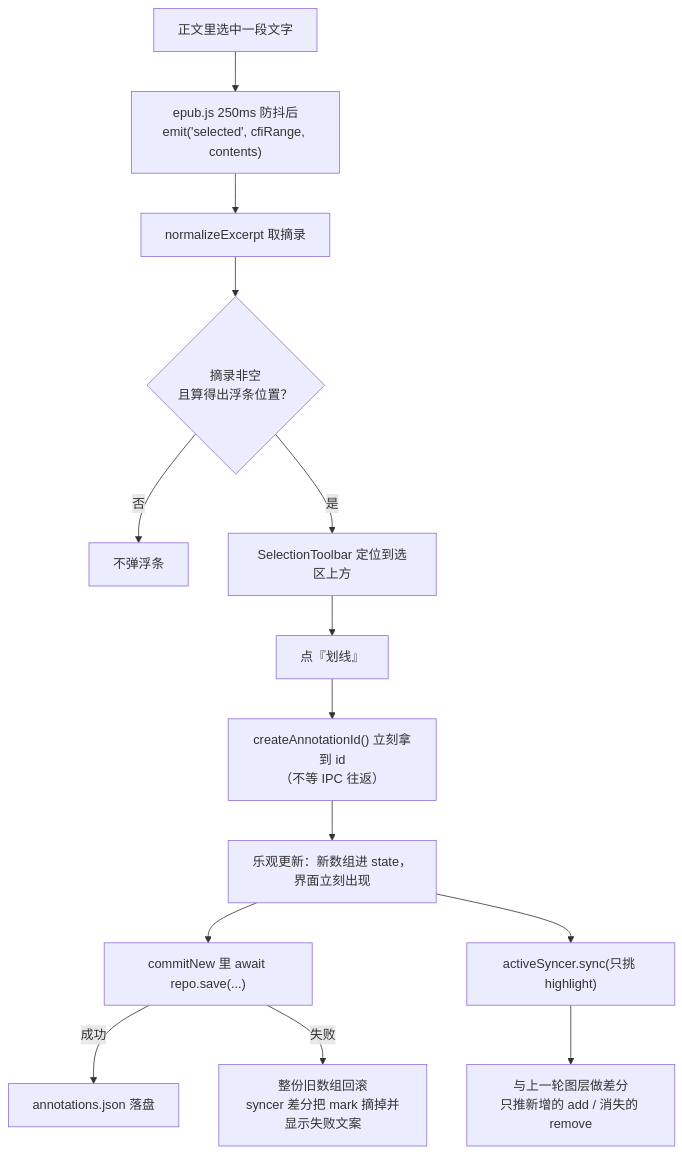
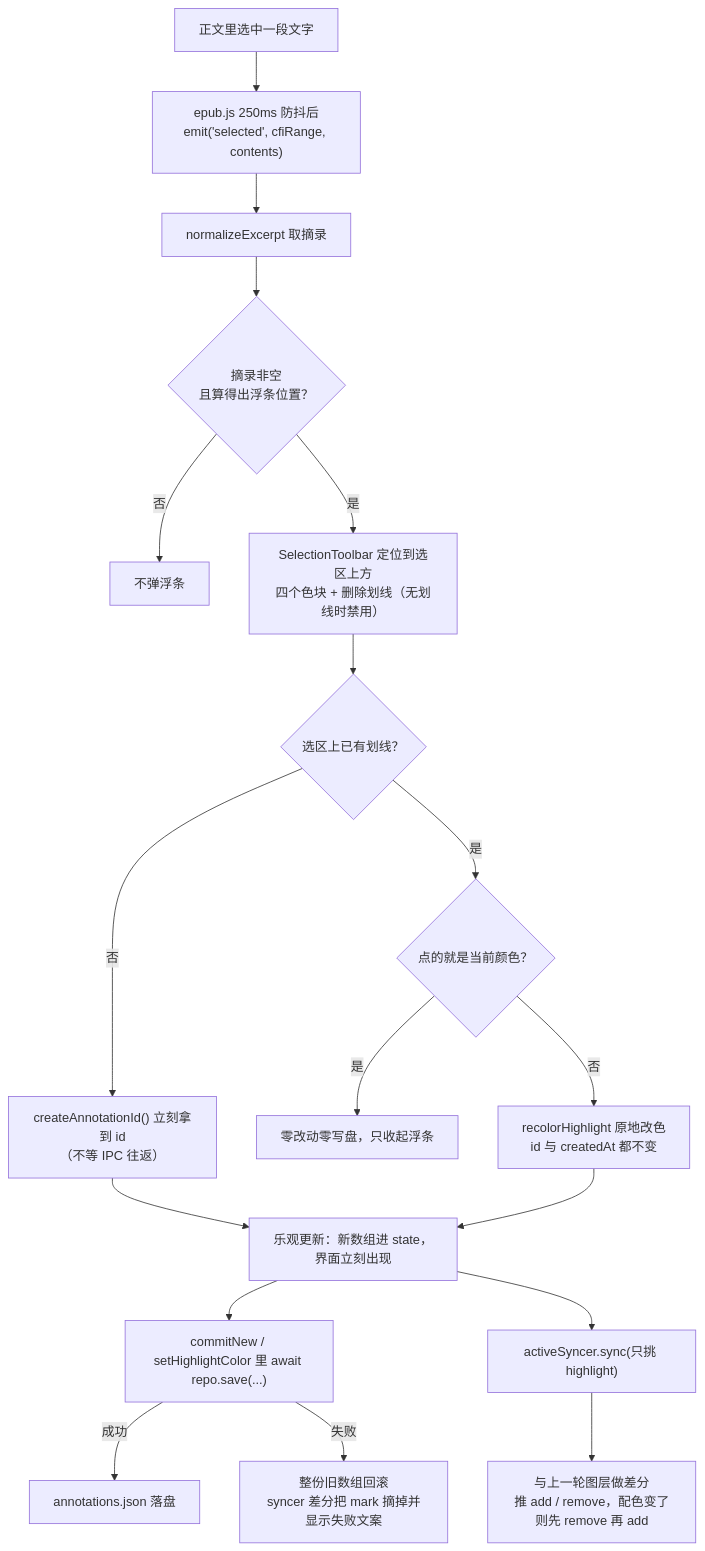
The sixth of 6 diagrams in README.md (Lor123r/-ai), drawn with Mermaid before and after one commit. The commit also changed other lines of this file and 16 other files, not shown here.

````diff
--- a/README.md
+++ b/README.md
@@ -423,16 +423,20 @@
 ```mermaid
 flowchart TB
     A["正文里选中一段文字"] --> B["epub.js 250ms 防抖后<br/>emit('selected', cfiRange, contents)"]
     B --> C["normalizeExcerpt 取摘录"]
     C --> D{"摘录非空<br/>且算得出浮条位置？"}
     D -->|否| E["不弹浮条"]
-    D -->|是| F["SelectionToolbar 定位到选区上方"]
-    F --> G["点『划线』"]
-    G --> H["createAnnotationId() 立刻拿到 id<br/>（不等 IPC 往返）"]
+    D -->|是| F["SelectionToolbar 定位到选区上方<br/>四个色块 + 删除划线（无划线时禁用）"]
+    F --> G{"选区上已有划线？"}
+    G -->|否| H["createAnnotationId() 立刻拿到 id<br/>（不等 IPC 往返）"]
+    G -->|是| G2{"点的就是当前颜色？"}
+    G2 -->|是| G3["零改动零写盘，只收起浮条"]
+    G2 -->|否| G4["recolorHighlight 原地改色<br/>id 与 createdAt 都不变"]
     H --> I["乐观更新：新数组进 state，界面立刻出现"]
-    I --> J["commitNew 里 await repo.save(...)"]
+    G4 --> I
+    I --> J["commitNew / setHighlightColor 里 await repo.save(...)"]
     J -->|成功| K["annotations.json 落盘"]
     J -->|失败| L["整份旧数组回滚<br/>syncer 差分把 mark 摘掉并显示失败文案"]
     I --> M["activeSyncer.sync(只挑 highlight)"]
-    M --> N["与上一轮图层做差分<br/>只推新增的 add / 消失的 remove"]
+    M --> N["与上一轮图层做差分<br/>推 add / remove，配色变了则先 remove 再 add"]
 ```
````
